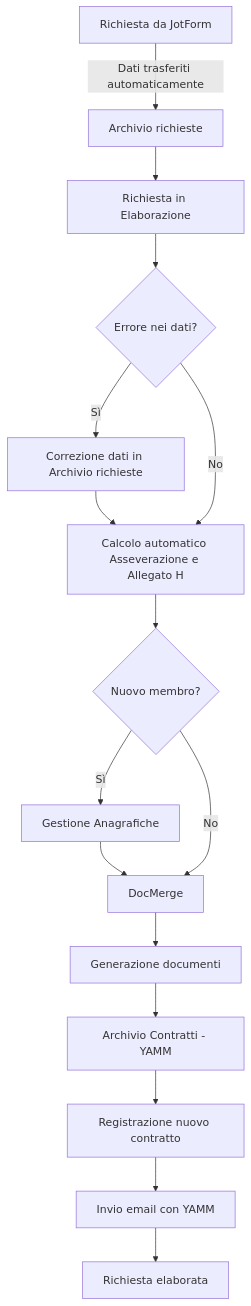
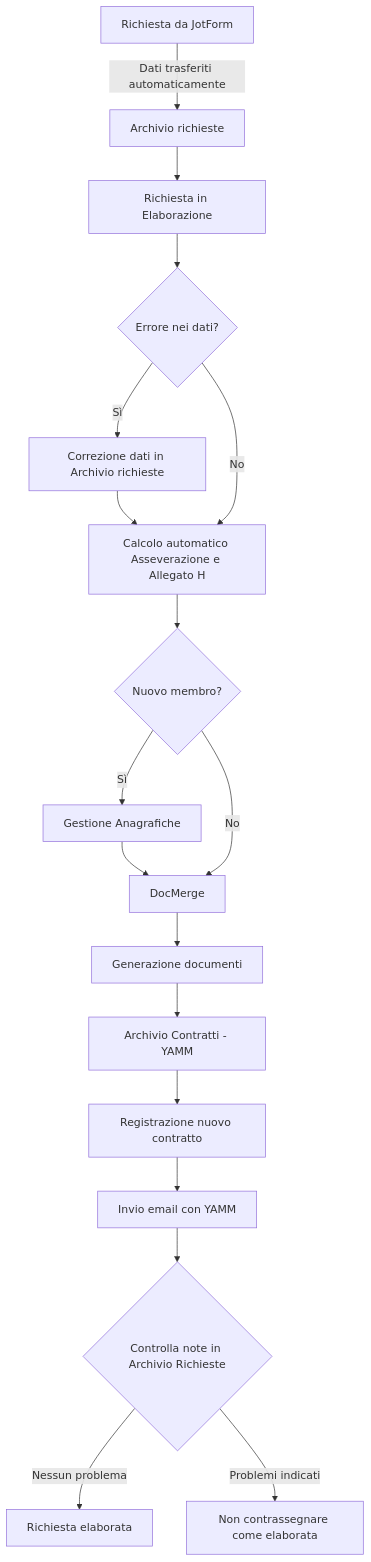
One commit to repogerm/concordatofacile changed the diagram in README.md. Above: the diagram before and after it, drawn with Mermaid.

````diff
--- a/README.md
+++ b/README.md
@@ -56,18 +56,20 @@
 ```mermaid
 flowchart TD
     A[Richiesta da JotForm] -->|Dati trasferiti automaticamente| B[Archivio richieste]
     B --> C[Richiesta in Elaborazione]
     C --> D{Errore nei dati?}
     D -->|Sì| E[Correzione dati in Archivio richieste]
     E --> F[Calcolo automatico Asseverazione e Allegato H]
     D -->|No| F
     F --> G{Nuovo membro?}
     G -->|Sì| H[Gestione Anagrafiche]
     H --> I[DocMerge]
     G -->|No| I
     I --> J[Generazione documenti]
     J --> K[Archivio Contratti - YAMM]
     K --> L[Registrazione nuovo contratto]
     L --> M[Invio email con YAMM]
-    M --> N[Richiesta elaborata]
+    M --> N{Controlla note in Archivio Richieste}
+    N -->|Nessun problema| O[Richiesta elaborata]
+    N -->|Problemi indicati| P[Non contrassegnare come elaborata]
 ```
````
